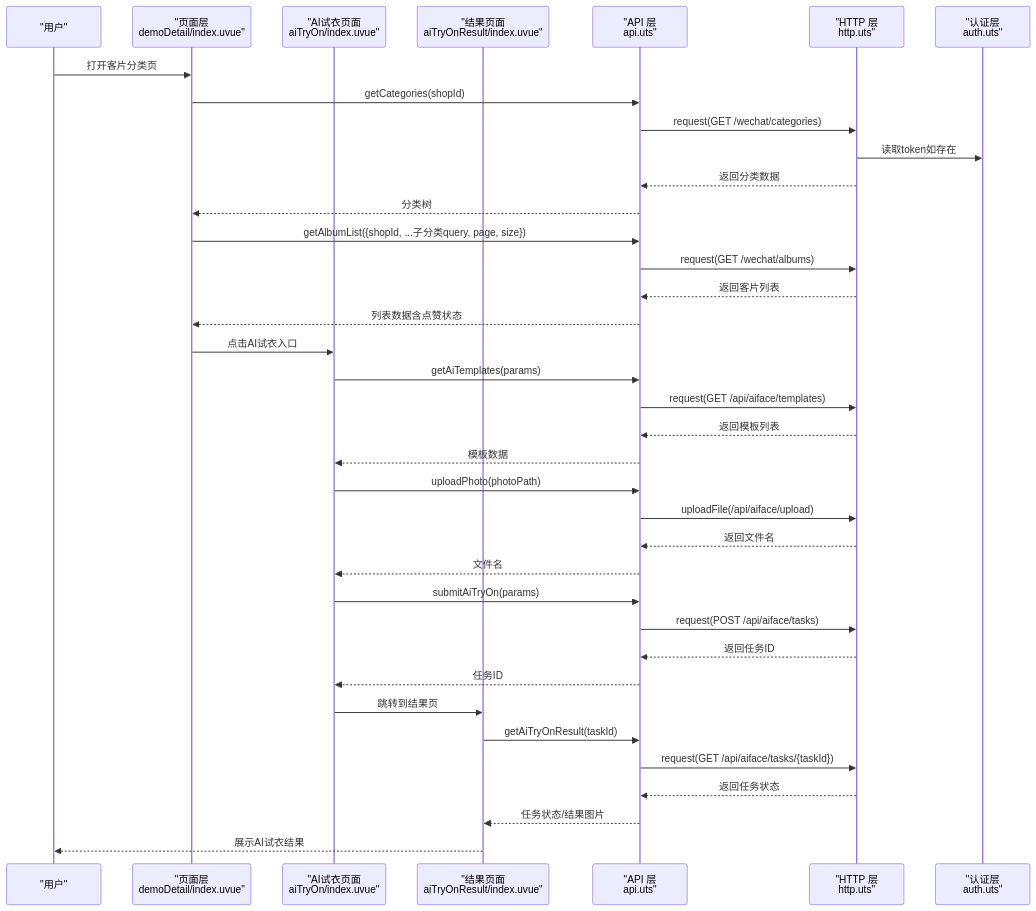
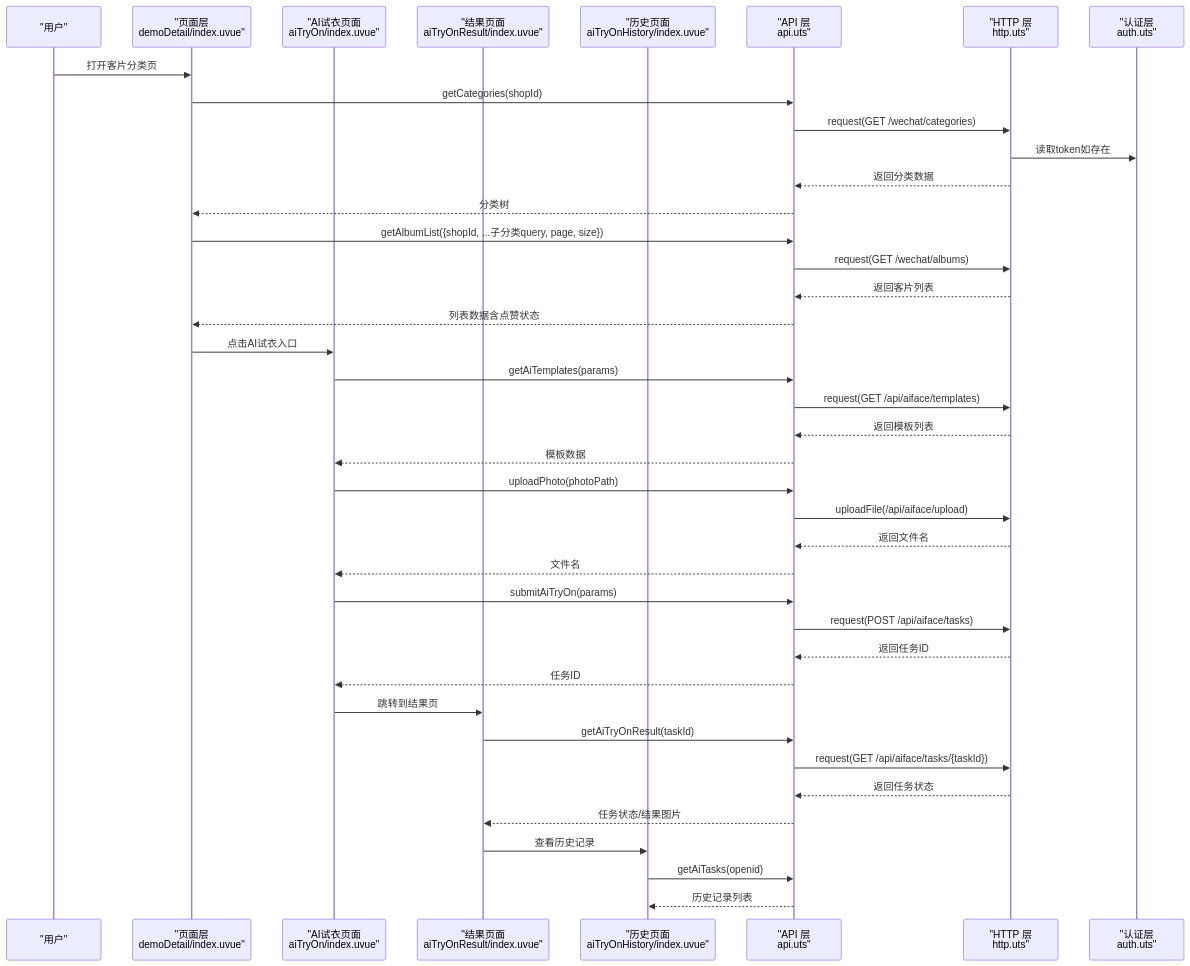
One commit to crazyma99/blueberry changed the second of 8 diagrams in .qoder/repowiki/zh/content/核心功能模块/客片管理系统/客片管理系统.md. Above: the diagram before and after it, drawn with Mermaid. The commit also changed other lines of this file and 4 other files, not shown here.

````diff
--- a/.qoder/repowiki/zh/content/核心功能模块/客片管理系统/客片管理系统.md
+++ b/.qoder/repowiki/zh/content/核心功能模块/客片管理系统/客片管理系统.md
@@ -151,39 +160,42 @@
 ```mermaid
 sequenceDiagram
 participant U as "用户"
 participant P as "页面层<br/>demoDetail/index.uvue"
 participant A as "AI试衣页面<br/>aiTryOn/index.uvue"
 participant R as "结果页面<br/>aiTryOnResult/index.uvue"
+participant H as "历史页面<br/>aiTryOnHistory/index.uvue"
 participant API as "API 层<br/>api.uts"
 participant HTTP as "HTTP 层<br/>http.uts"
 participant AUTH as "认证层<br/>auth.uts"
 U->>P : 打开客片分类页
 P->>API : getCategories(shopId)
 API->>HTTP : request(GET /wechat/categories)
 HTTP->>AUTH : 读取token如存在
 HTTP-->>API : 返回分类数据
 API-->>P : 分类树
 P->>API : getAlbumList({shopId, ...子分类query, page, size})
 API->>HTTP : request(GET /wechat/albums)
 HTTP-->>API : 返回客片列表
 API-->>P : 列表数据含点赞状态
 P->>A : 点击AI试衣入口
 A->>API : getAiTemplates(params)
 API->>HTTP : request(GET /api/aiface/templates)
 HTTP-->>API : 返回模板列表
 API-->>A : 模板数据
 A->>API : uploadPhoto(photoPath)
 API->>HTTP : uploadFile(/api/aiface/upload)
 HTTP-->>API : 返回文件名
 API-->>A : 文件名
 A->>API : submitAiTryOn(params)
 API->>HTTP : request(POST /api/aiface/tasks)
 HTTP-->>API : 返回任务ID
 API-->>A : 任务ID
 A->>R : 跳转到结果页
 R->>API : getAiTryOnResult(taskId)
 API->>HTTP : request(GET /api/aiface/tasks/{taskId})
 HTTP-->>API : 返回任务状态
 API-->>R : 任务状态/结果图片
-R-->>U : 展示AI试衣结果
+R->>H : 查看历史记录
+H->>API : getAiTasks(openid)
+API-->>H : 历史记录列表
 ```
````
